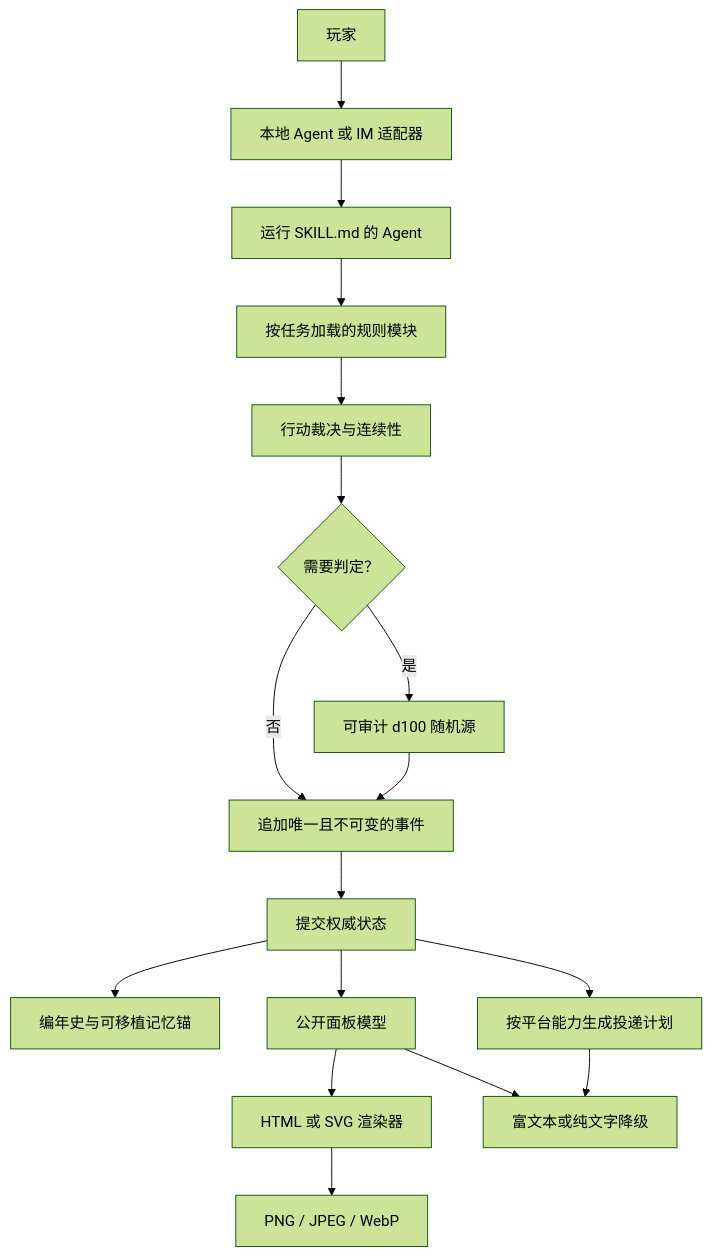
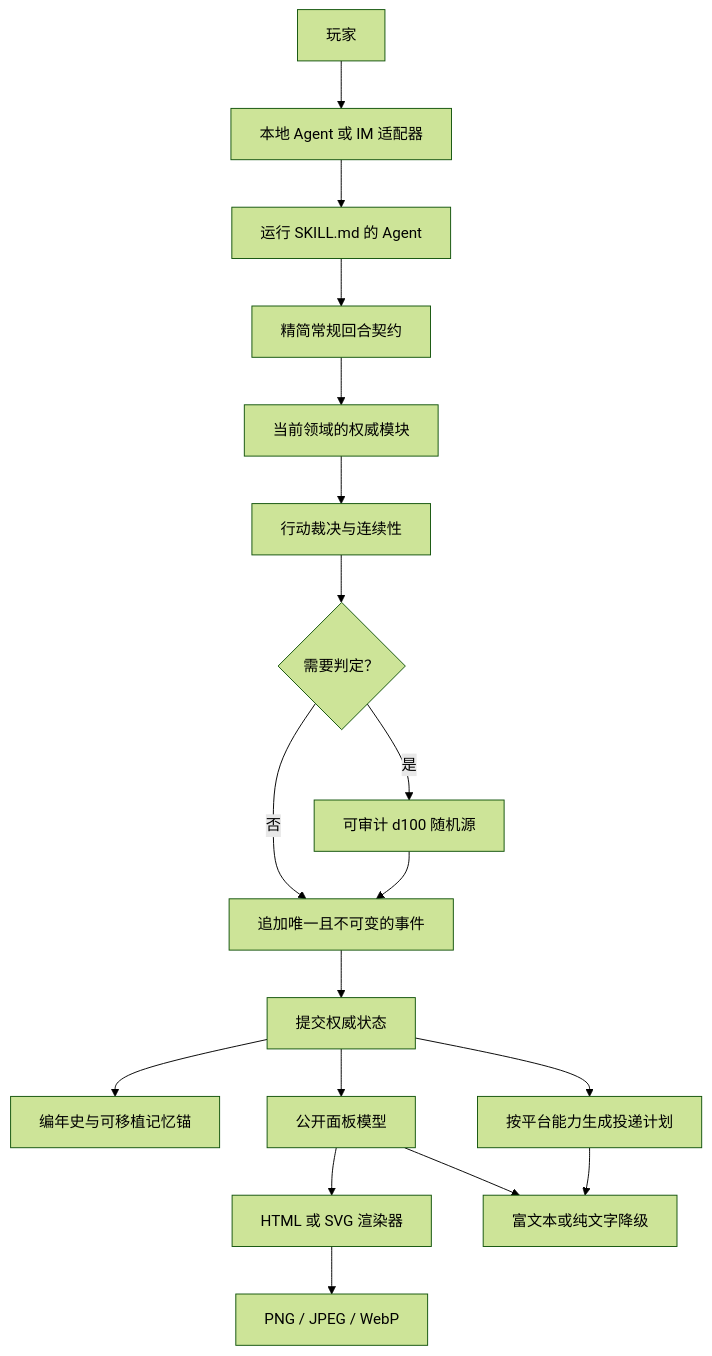
The diagram in README_CN.md (zyfayes/lotm-text-game-skill), drawn with Mermaid (forest theme) before and after one commit. The commit also changed other lines of this file and 11 other files, not shown here.

````diff
--- a/README_CN.md
+++ b/README_CN.md
@@ -59,19 +59,20 @@
 ```mermaid
 flowchart TD
     U[玩家] --> T[本地 Agent 或 IM 适配器]
     T --> A[运行 SKILL.md 的 Agent]
-    A --> R[按任务加载的规则模块]
+    A --> Q[精简常规回合契约]
+    Q --> R[当前领域的权威模块]
     R --> C[行动裁决与连续性]
     C --> D{需要判定？}
     D -->|是| G[可审计 d100 随机源]
     D -->|否| E[追加唯一且不可变的事件]
     G --> E
     E --> S[提交权威状态]
     S --> J[编年史与可移植记忆锚]
     S --> P[公开面板模型]
     S --> O[按平台能力生成投递计划]
     P --> H[HTML 或 SVG 渲染器]
     H --> I[PNG / JPEG / WebP]
     P --> F[富文本或纯文字降级]
     O --> F
 ```
````
